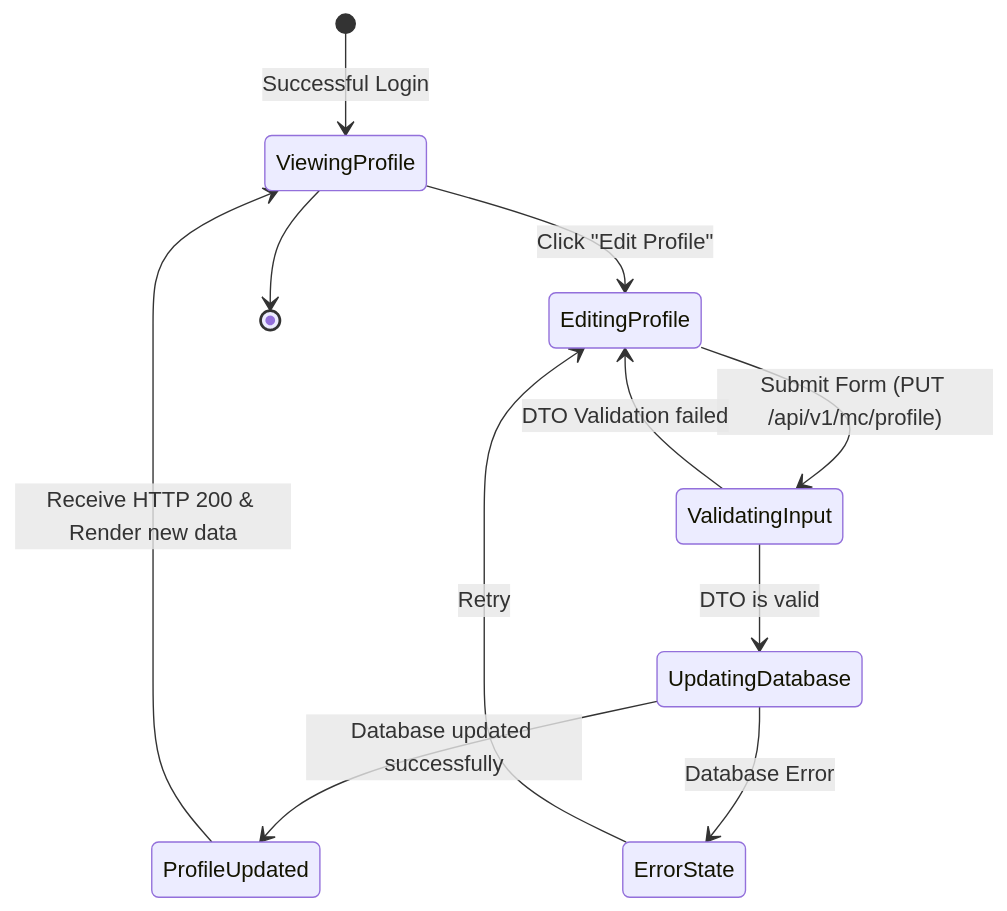
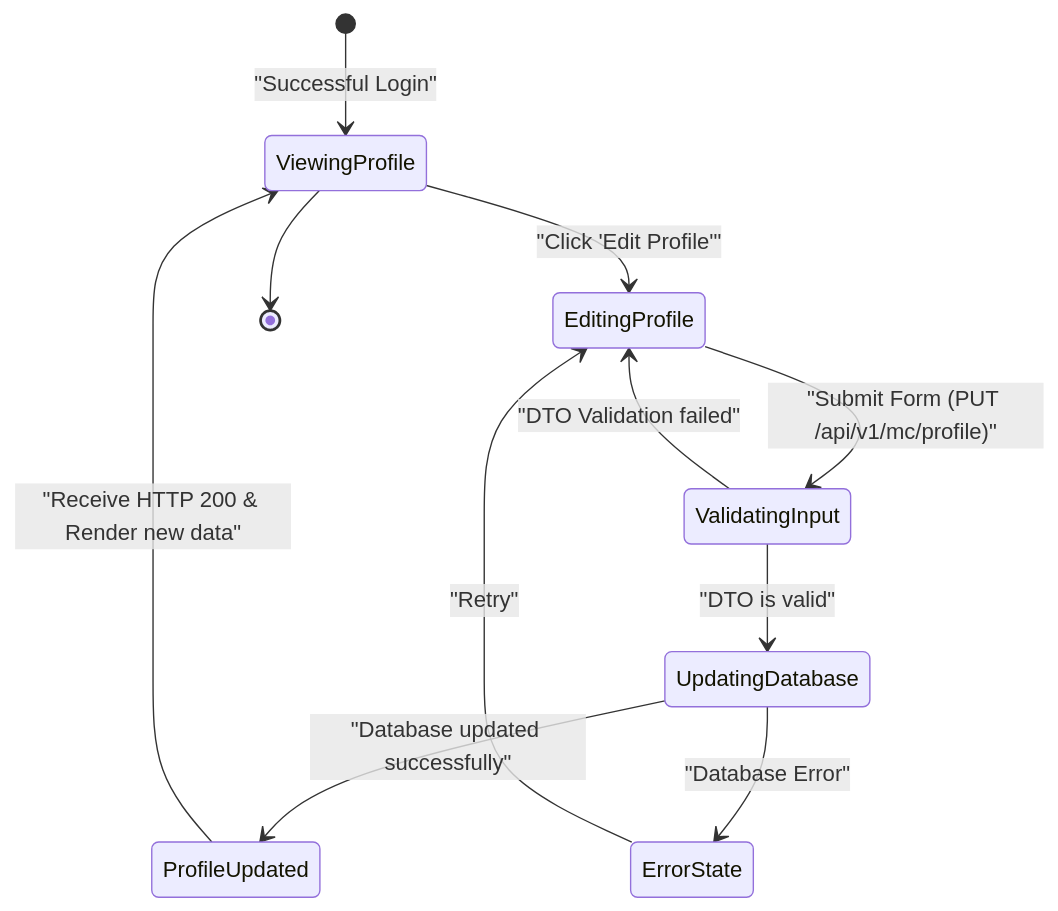
The first of 44 diagrams in UC_Backend_Design_Details.md (dat-21/SWD392), drawn with Mermaid before and after one commit. The commit also changed other lines of this file and 2 other files, not shown here.

Commit message:
style: Standardize Mermaid state diagram transition label formatting by adding quotes and a space before the colon.

````diff
--- a/UC_Backend_Design_Details.md
+++ b/UC_Backend_Design_Details.md
@@ -15,13 +15,13 @@
 ```mermaid
 stateDiagram-v2
-    [*] --> ViewingProfile: Successful Login
-    ViewingProfile --> EditingProfile: Click "Edit Profile"
-    EditingProfile --> ValidatingInput: Submit Form (PUT /api/v1/mc/profile)
-    ValidatingInput --> EditingProfile: DTO Validation failed
-    ValidatingInput --> UpdatingDatabase: DTO is valid
-    UpdatingDatabase --> ProfileUpdated: Database updated successfully
-    UpdatingDatabase --> ErrorState: Database Error
-    ErrorState --> EditingProfile: Retry
-    ProfileUpdated --> ViewingProfile: Receive HTTP 200 & Render new data
+    [*] --> ViewingProfile : "Successful Login"
+    ViewingProfile --> EditingProfile : "Click 'Edit Profile'"
+    EditingProfile --> ValidatingInput : "Submit Form (PUT /api/v1/mc/profile)"
+    ValidatingInput --> EditingProfile : "DTO Validation failed"
+    ValidatingInput --> UpdatingDatabase : "DTO is valid"
+    UpdatingDatabase --> ProfileUpdated : "Database updated successfully"
+    UpdatingDatabase --> ErrorState : "Database Error"
+    ErrorState --> EditingProfile : "Retry"
+    ProfileUpdated --> ViewingProfile : "Receive HTTP 200 & Render new data"
     ViewingProfile --> [*]
 ```
````
